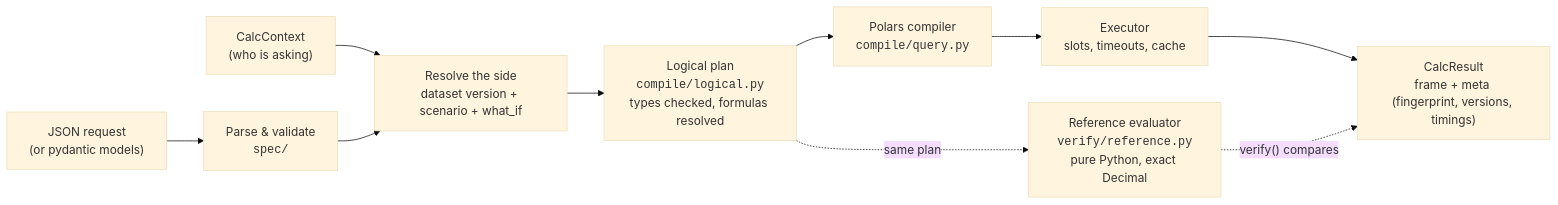
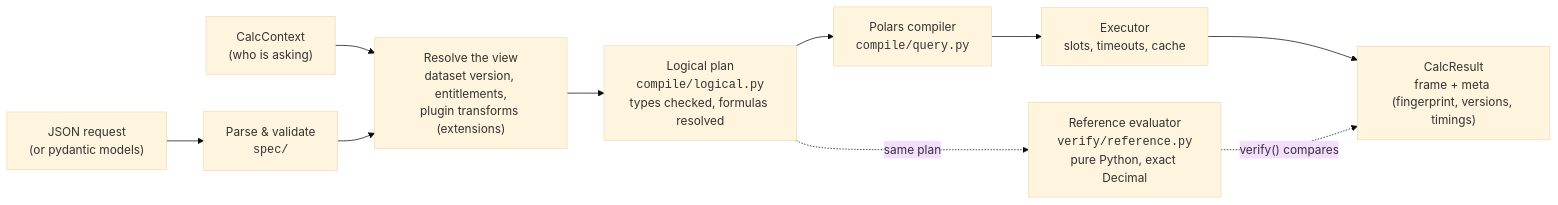
Before and after one commit to sanjaysharmagwl/py-libs: the diagram in docs/calc/concepts/architecture.md, drawn with Mermaid (base theme). The commit also changed other lines of this file and 121 other files, not shown here.

````diff
--- a/docs/calc/concepts/architecture.md
+++ b/docs/calc/concepts/architecture.md
@@ -14,12 +17,12 @@
 ```mermaid
 flowchart LR
     R["JSON request<br/>(or pydantic models)"] --> P["Parse &amp; validate<br/><code>spec/</code>"]
     C["CalcContext<br/>(who is asking)"] --> S
-    P --> S["Resolve the side<br/>dataset version + scenario + what_if"]
+    P --> S["Resolve the view<br/>dataset version, entitlements,<br/>plugin transforms (extensions)"]
     S --> L["Logical plan<br/><code>compile/logical.py</code><br/>types checked, formulas resolved"]
     L --> X["Polars compiler<br/><code>compile/query.py</code>"]
     L -. same plan .-> REF["Reference evaluator<br/><code>verify/reference.py</code><br/>pure Python, exact Decimal"]
     X --> E["Executor<br/>slots, timeouts, cache"]
     E --> O["CalcResult<br/>frame + meta (fingerprint, versions, timings)"]
     REF -. verify() compares .-> O
 ```
````
